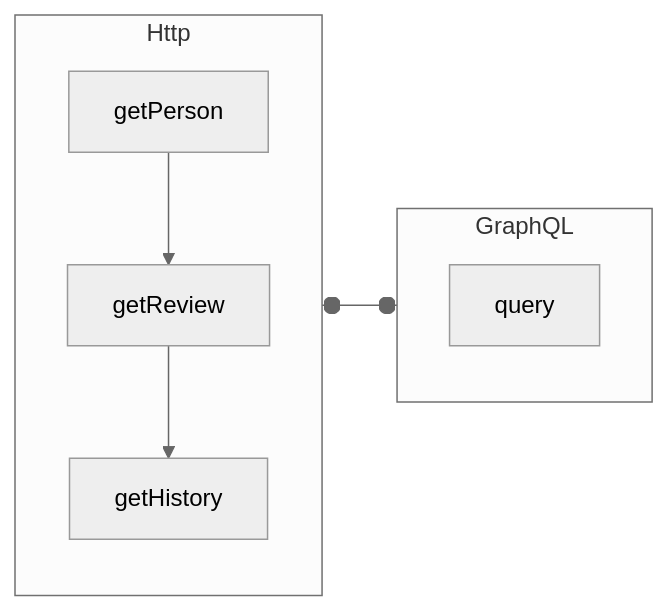
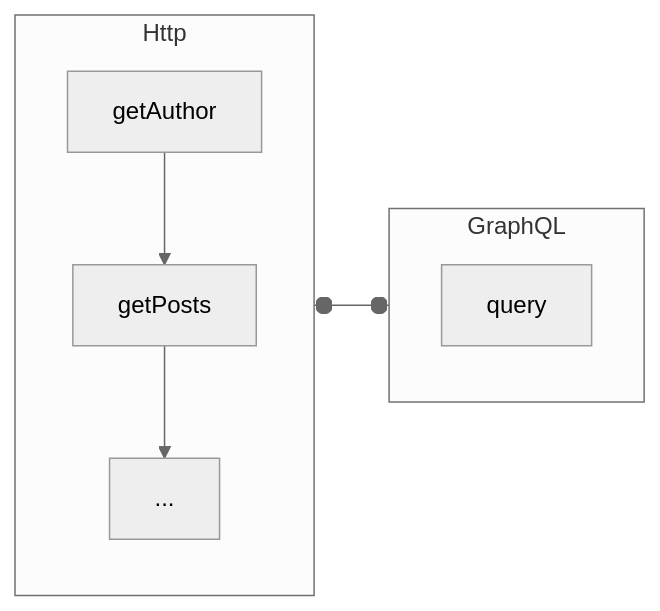
One commit to lxxorz/share changed the first of 3 diagrams in GraphQl.md. Above: the diagram before and after it, drawn with Mermaid (neutral theme). The commit also changed other lines of this file and 4 other files, not shown here.

````diff
--- a/GraphQl.md
+++ b/GraphQl.md
@@ -73,10 +73,10 @@
 ```mermaid
 flowchart LR
   subgraph Http
-    getPerson --> getReview --> getHistory
+    getAuthor --> getPosts --> ...
   end
   subgraph GraphQL
     query
   end
   Http o--o GraphQL
 ```
````
